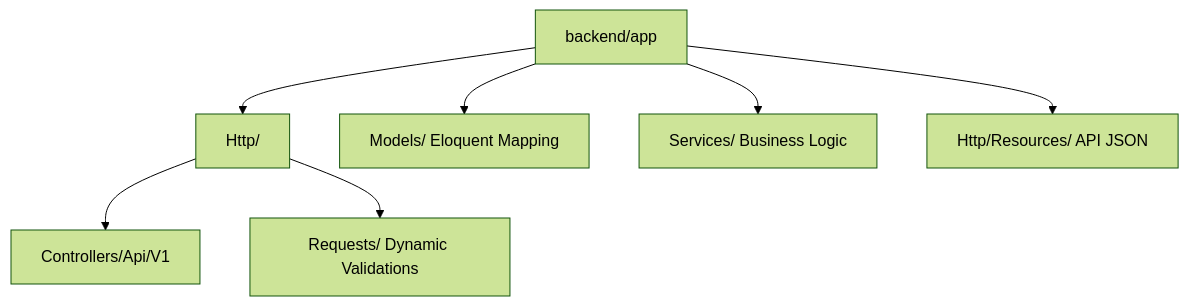
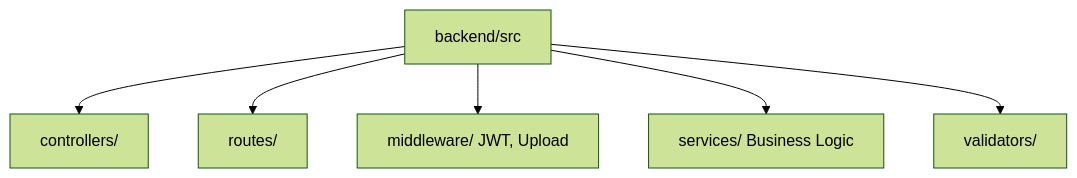
Before and after one commit to bitsy6699/WebDesa: the third of 4 diagrams in docs/engineering/FOLDER_STRUCTURE.md, drawn with Mermaid (forest theme). The commit also changed other lines of this file and 545 other files, not shown here.

````diff
--- a/docs/engineering/FOLDER_STRUCTURE.md
+++ b/docs/engineering/FOLDER_STRUCTURE.md
@@ -204,9 +186,8 @@
 ```mermaid
 graph TD
-    BE[backend/app] --> Http[Http/]
-    Http --> Ctrl[Controllers/Api/V1]
-    Http --> Req[Requests/ Dynamic Validations]
-    BE --> Models[Models/ Eloquent Mapping]
-    BE --> Services[Services/ Business Logic]
-    BE --> Resources[Http/Resources/ API JSON]
+    BE[backend/src] --> Ctrl[controllers/]
+    BE --> Routes[routes/]
+    BE --> MW[middleware/ JWT, Upload]
+    BE --> Svc[services/ Business Logic]
+    BE --> Val[validators/]
 ```
````
